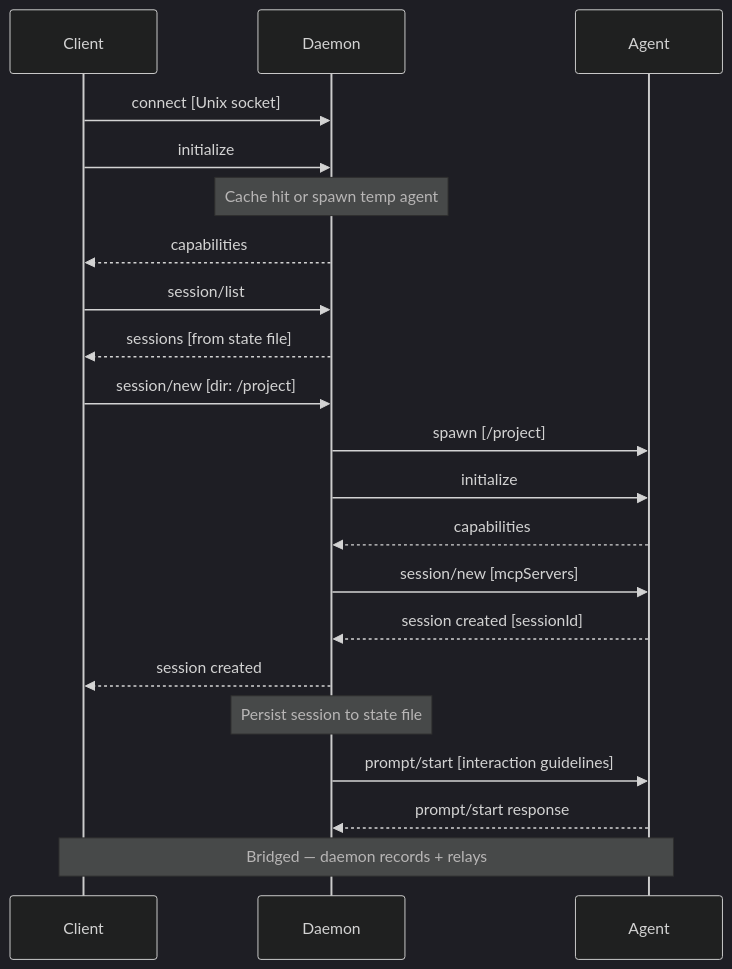
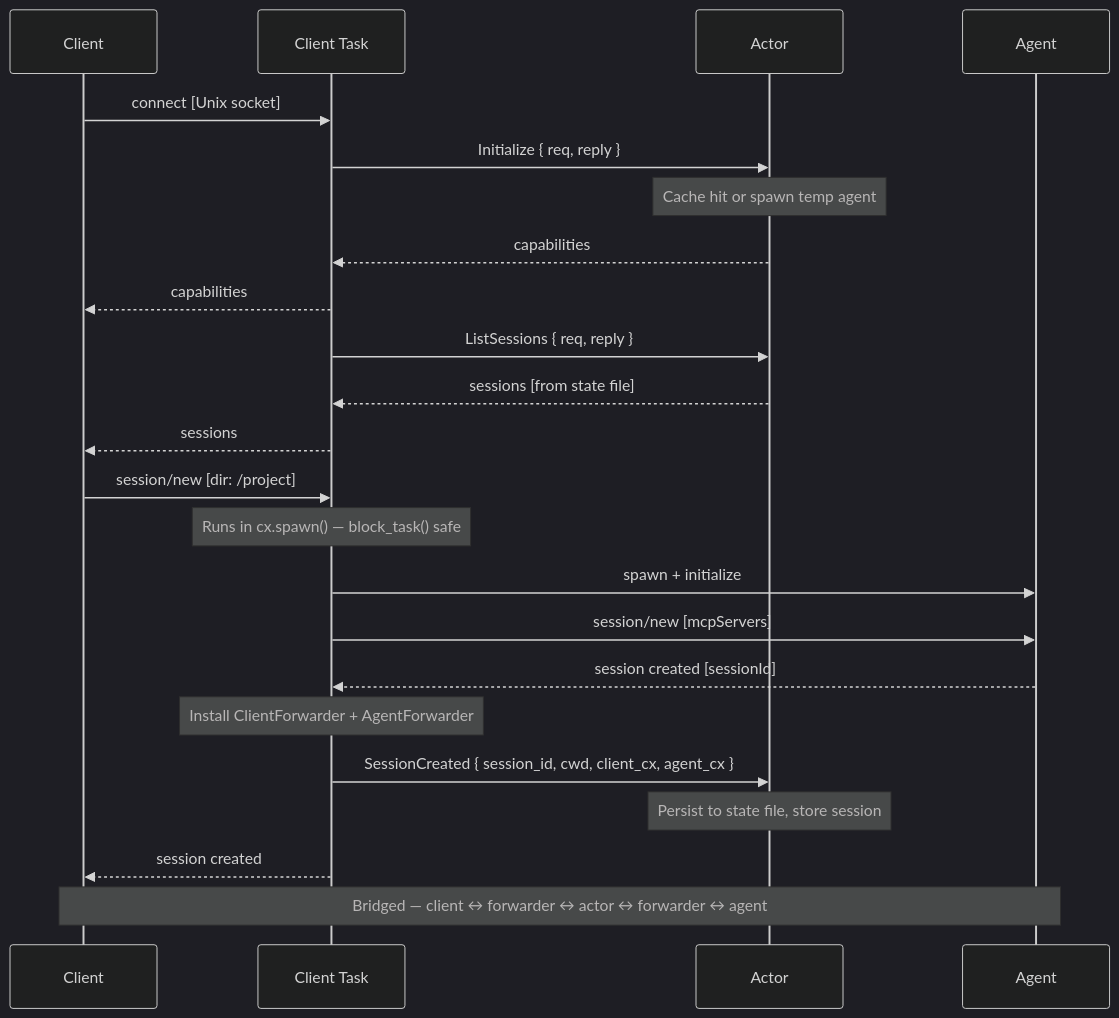
The first of 8 diagrams in md/design/sequence_diagrams.md (sparkle-ai-space/jamsession), drawn with Mermaid (dark theme) before and after one commit. The commit also changed other lines of this file and 12 other files, not shown here.

````diff
--- a/md/design/sequence_diagrams.md
+++ b/md/design/sequence_diagrams.md
@@ -5,28 +5,29 @@
 ```mermaid
 sequenceDiagram
     participant C as Client
-    participant D as Daemon
-    participant A as Agent
+    participant CT as Client Task
+    participant A as Actor
+    participant Ag as Agent
 
-    C->>D: connect [Unix socket]
-    C->>D: initialize
-    Note over D: Cache hit or spawn temp agent
-    D-->>C: capabilities
+    C->>CT: connect [Unix socket]
+    CT->>A: Initialize { req, reply }
+    Note over A: Cache hit or spawn temp agent
+    A-->>CT: capabilities
+    CT-->>C: capabilities
 
-    C->>D: session/list
-    D-->>C: sessions [from state file]
+    CT->>A: ListSessions { req, reply }
+    A-->>CT: sessions [from state file]
+    CT-->>C: sessions
 
-    C->>D: session/new [dir: /project]
-    D->>A: spawn [/project]
-    D->>A: initialize
-    A-->>D: capabilities
-    D->>A: session/new [mcpServers]
-    A-->>D: session created [sessionId]
-    D-->>C: session created
-    Note over D: Persist session to state file
+    C->>CT: session/new [dir: /project]
+    Note over CT: Runs in cx.spawn() — block_task() safe
+    CT->>Ag: spawn + initialize
+    CT->>Ag: session/new [mcpServers]
+    Ag-->>CT: session created [sessionId]
+    Note over CT: Install ClientForwarder + AgentForwarder
+    CT->>A: SessionCreated { session_id, cwd, client_cx, agent_cx }
+    Note over A: Persist to state file, store session
+    CT-->>C: session created
 
-    D->>A: prompt/start [interaction guidelines]
-    A-->>D: prompt/start response
-
-    Note over C,A: Bridged — daemon records + relays
+    Note over C,Ag: Bridged — client ↔ forwarder ↔ actor ↔ forwarder ↔ agent
 ```
````
